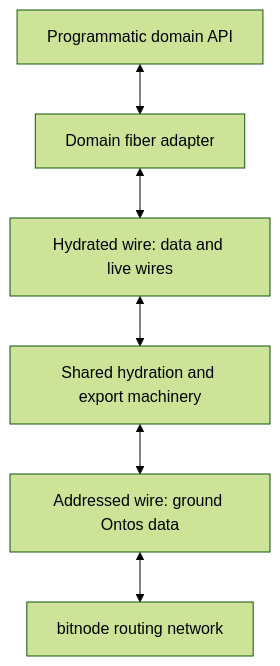
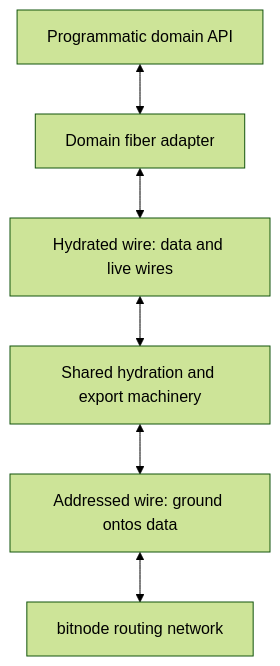
One commit to Bitspark/bitwire changed the first of 2 diagrams in docs/wire/hydrated.md. Above: the diagram before and after it, drawn with Mermaid (forest theme). The commit also changed other lines of this file and 7 other files, not shown here.

````diff
--- a/docs/wire/hydrated.md
+++ b/docs/wire/hydrated.md
@@ -33,14 +35,14 @@
 ```mermaid
 flowchart TD
     API["Programmatic domain API"]
     Adapter["Domain fiber adapter"]
     Live["Hydrated wire: data and live wires"]
     Hydration["Shared hydration and export machinery"]
-    Ground["Addressed wire: ground Ontos data"]
+    Ground["Addressed wire: ground ontos data"]
     Network["bitnode routing network"]
     API <--> Adapter
     Adapter <--> Live
     Live <--> Hydration
     Hydration <--> Ground
     Ground <--> Network
 ```
````
